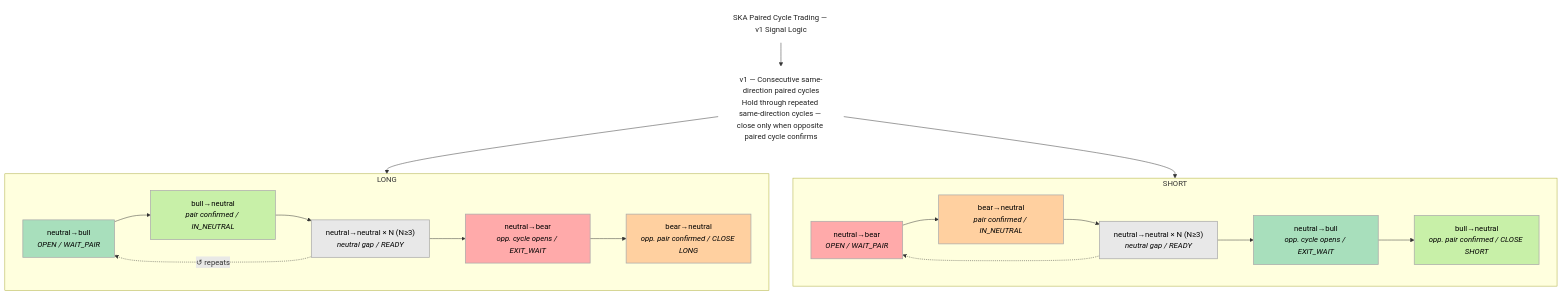
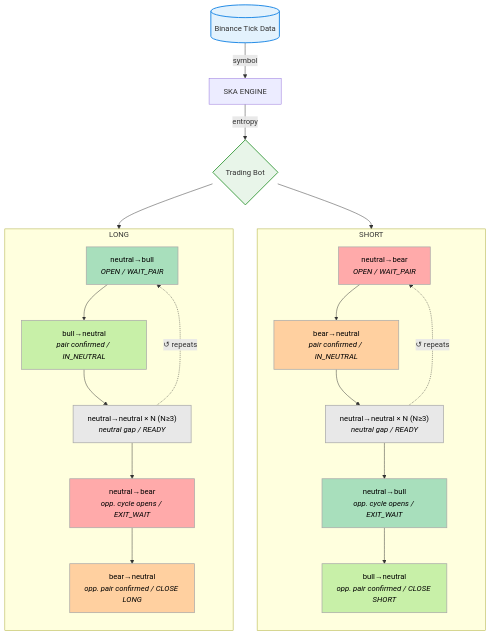
Before and after one commit to quantiota/SKA-quantitative-finance: the diagram in real_time_trading_bots/schema_bot_versions.mmd, drawn with Mermaid. The commit also changed 1 other file, not shown here.

```diff
--- a/real_time_trading_bots/schema_bot_versions.mmd
+++ b/real_time_trading_bots/schema_bot_versions.mmd
@@ -1,54 +1,56 @@
 
 
-flowchart TB
-    title["SKA Paired Cycle Trading — v1 Signal Logic"]
 
-    note["v1 — Consecutive same-direction paired cycles<br/>Hold through repeated same-direction cycles — close only when opposite paired cycle confirms"]
+flowchart TD
+    BINANCE[(Binance Tick Data)]
+    ENGINE["SKA ENGINE"]
+    BOT@{ shape: diamond, label: "Trading Bot" }
 
-    title --> note
+    BINANCE -- "symbol" --> ENGINE
+    ENGINE -- "entropy" --> BOT
+
+    BOT --> LONG
+    BOT --> SHORT
 
     subgraph LONG["LONG"]
-        direction LR
+        direction TB
         L1["neutral→bull<br/><i>OPEN / WAIT_PAIR</i>"]
         L2["bull→neutral<br/><i>pair confirmed / IN_NEUTRAL</i>"]
         L3["neutral→neutral × N (N≥3)<br/><i>neutral gap / READY</i>"]
         L4["neutral→bear<br/><i>opp. cycle opens / EXIT_WAIT</i>"]
         L5["bear→neutral<br/><i>opp. pair confirmed / CLOSE LONG</i>"]
-
         L1 --> L2 --> L3 --> L4 --> L5
         L3 -. "↺ repeats" .-> L1
     end
 
     subgraph SHORT["SHORT"]
-        direction LR
+        direction TB
         S1["neutral→bear<br/><i>OPEN / WAIT_PAIR</i>"]
         S2["bear→neutral<br/><i>pair confirmed / IN_NEUTRAL</i>"]
         S3["neutral→neutral × N (N≥3)<br/><i>neutral gap / READY</i>"]
         S4["neutral→bull<br/><i>opp. cycle opens / EXIT_WAIT</i>"]
         S5["bull→neutral<br/><i>opp. pair confirmed / CLOSE SHORT</i>"]
-
         S1 --> S2 --> S3 --> S4 --> S5
-        S3 -.-> S1
+        S3 -. "↺ repeats" .-> S1
     end
 
-    note --> LONG
-    note --> SHORT
-
-    classDef longOpen fill:#A8DFBC,stroke:#AAAAAA,color:#000,stroke-width:1.5px;
-    classDef longPair fill:#C8F0A8,stroke:#AAAAAA,color:#000,stroke-width:1.5px;
+    classDef data      fill:#E3F2FD,stroke:#1E88E5,stroke-width:2px;
+    classDef process   fill:#E8F5E9,stroke:#43A047,stroke-width:2px;
+    classDef longOpen  fill:#A8DFBC,stroke:#AAAAAA,color:#000,stroke-width:1.5px;
+    classDef longPair  fill:#C8F0A8,stroke:#AAAAAA,color:#000,stroke-width:1.5px;
     classDef shortOpen fill:#FFAAAA,stroke:#AAAAAA,color:#000,stroke-width:1.5px;
     classDef shortPair fill:#FFD0A0,stroke:#AAAAAA,color:#000,stroke-width:1.5px;
-    classDef neutral fill:#E8E8E8,stroke:#AAAAAA,color:#000,stroke-width:1.5px;
-    classDef meta fill:#FFFFFF,stroke:#FFFFFF,color:#222;
+    classDef neutral   fill:#E8E8E8,stroke:#AAAAAA,color:#000,stroke-width:1.5px;
 
-    class title,note meta;
+    class BINANCE data;
+    class API,BOT process;
     class L1 longOpen;
     class L2 longPair;
     class L3 neutral;
     class L4 shortOpen;
     class L5 shortPair;
     class S1 shortOpen;
     class S2 shortPair;
     class S3 neutral;
     class S4 longOpen;
     class S5 longPair;
```
